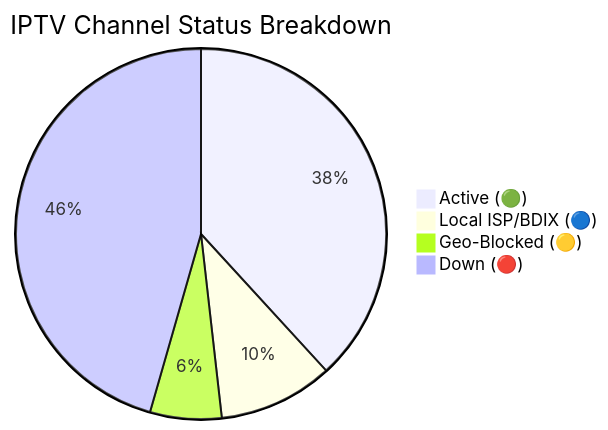
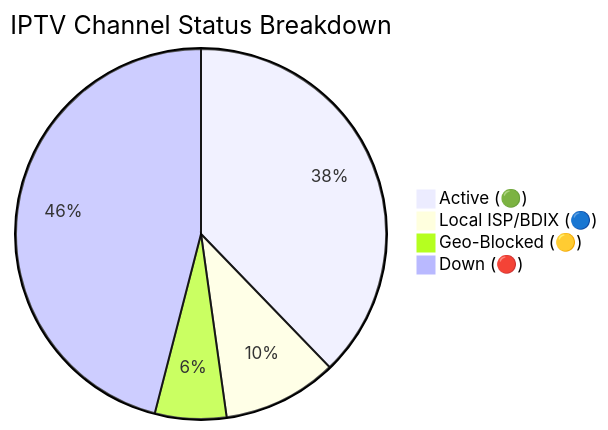
The diagram in README.md (andreataylord/Ip-tv-Collection), drawn with Mermaid before and after one commit. The commit also changed other lines of this file and 1 other file, not shown here.

Commit message:
docs(readme): auto-update daily channel status chart

````diff
--- a/README.md
+++ b/README.md
@@ -59,7 +59,7 @@
 ```mermaid
 pie title IPTV Channel Status Breakdown
-    "Active (🟢)" : 3008
+    "Active (🟢)" : 2975
     "Local ISP/BDIX (🔵)" : 788
     "Geo-Blocked (🟡)" : 491
-    "Down (🔴)" : 3588
+    "Down (🔴)" : 3621
 ```
````
